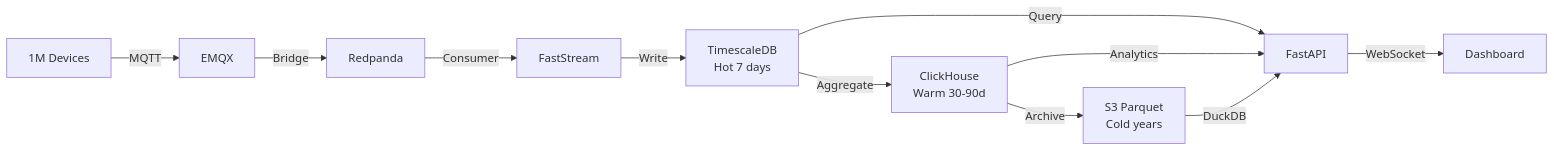
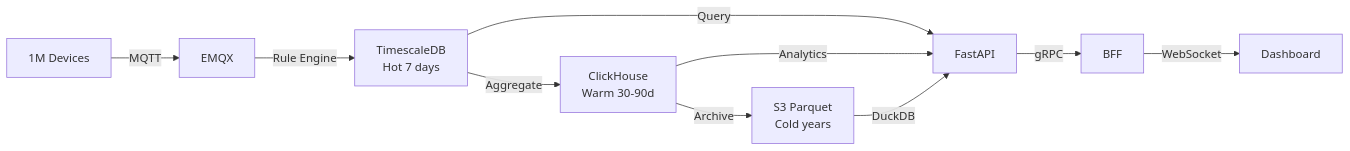
One commit to osisdie/osisdie.github.io changed the third of 8 diagrams in _posts/2026/2026-03-30-iot-1m-device-architecture.md. Above: the diagram before and after it, drawn with Mermaid. The commit also changed other lines of this file, not shown here.

First line of the commit message:
docs: simplify IoT post — Redpanda as >1M scale-out, not core

````diff
--- a/_posts/2026/2026-03-30-iot-1m-device-architecture.md
+++ b/_posts/2026/2026-03-30-iot-1m-device-architecture.md
@@ -284,13 +268,12 @@
 ```mermaid
 flowchart LR
     D[1M Devices] -->|MQTT| E[EMQX]
-    E -->|Bridge| R[Redpanda]
-    R -->|Consumer| F[FastStream]
-    F -->|Write| H[TimescaleDB<br/>Hot 7 days]
+    E -->|Rule Engine| H[TimescaleDB<br/>Hot 7 days]
     H -->|Aggregate| W[ClickHouse<br/>Warm 30-90d]
     W -->|Archive| C[S3 Parquet<br/>Cold years]
     H -->|Query| A[FastAPI]
     W -->|Analytics| A
     C -->|DuckDB| A
-    A -->|WebSocket| U[Dashboard]
+    A -->|gRPC| B[BFF]
+    B -->|WebSocket| U[Dashboard]
 ```
````
